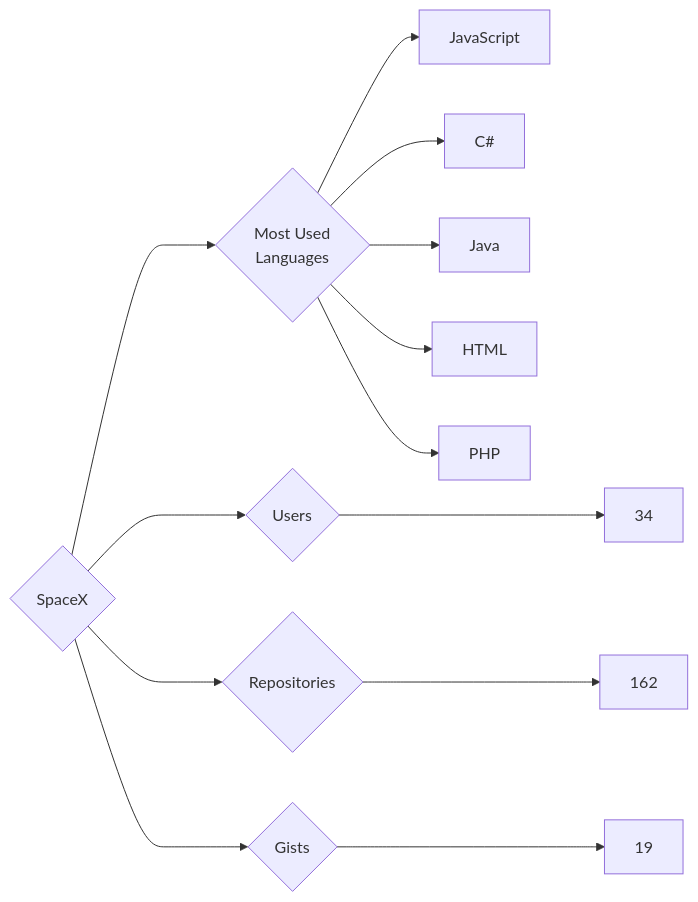
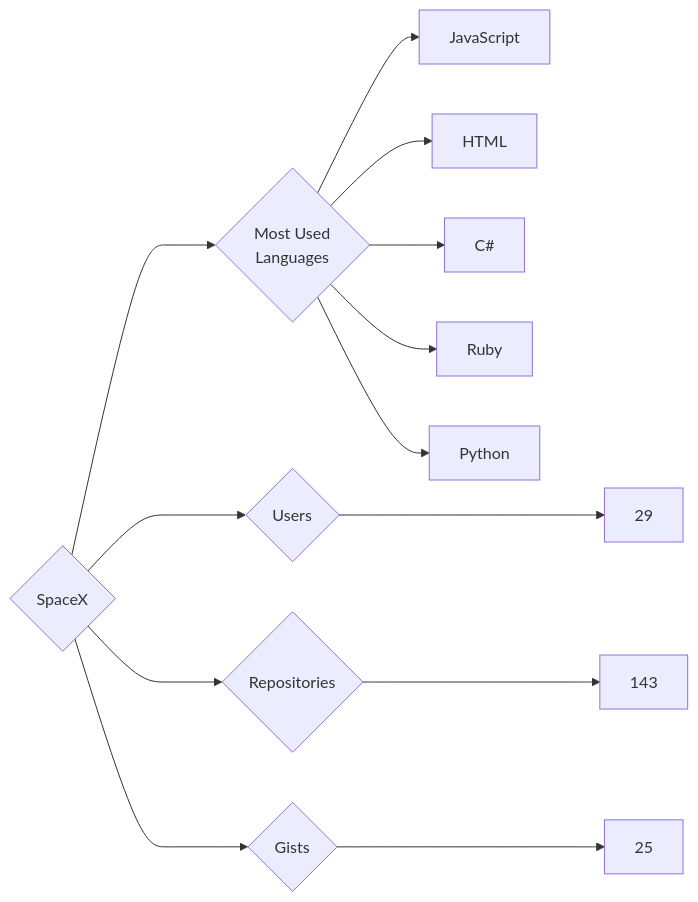
Before and after one commit to trickest/insiders: the diagram in targets/SpaceX/README.md, drawn with Mermaid. The commit also changed 1011 other files, not shown here.

````diff
--- a/targets/SpaceX/README.md
+++ b/targets/SpaceX/README.md
@@ -3,13 +3,13 @@
 ```mermaid
 graph LR
 COMPANY_NAME{SpaceX}
-COMPANY_NAME ---> U{Users} ---> UN[34]
-COMPANY_NAME ---> R{Repositories} ---> RN[162]
-COMPANY_NAME ---> G{Gists} ---> GN[19]
+COMPANY_NAME ---> U{Users} ---> UN[29]
+COMPANY_NAME ---> R{Repositories} ---> RN[143]
+COMPANY_NAME ---> G{Gists} ---> GN[25]
 COMPANY_NAME ---> ML{Most Used<br>Languages}
 ML --> JavaScript[JavaScript]
+ML --> HTML[HTML]
 ML --> C#[C#]
-ML --> Java[Java]
-ML --> HTML[HTML]
-ML --> PHP[PHP]
+ML --> Ruby[Ruby]
+ML --> Python[Python]
 ```
````
